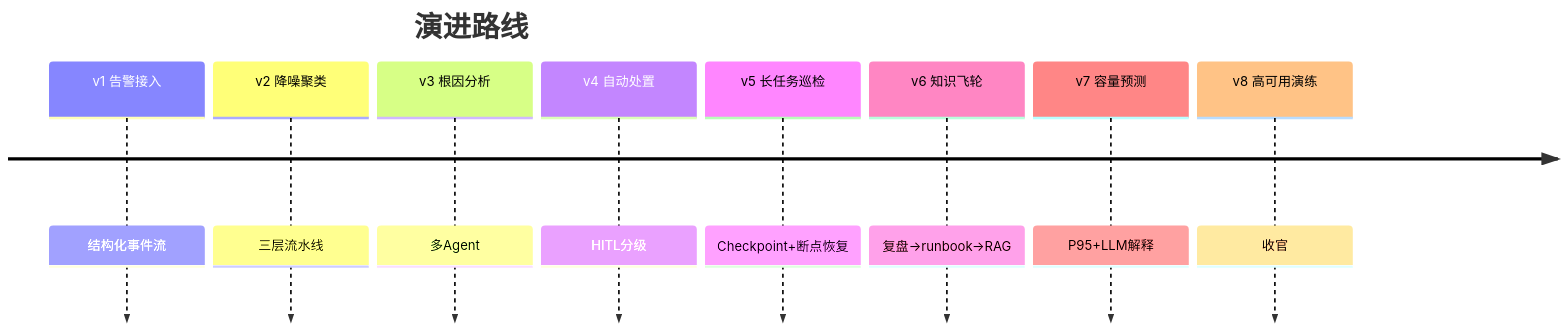
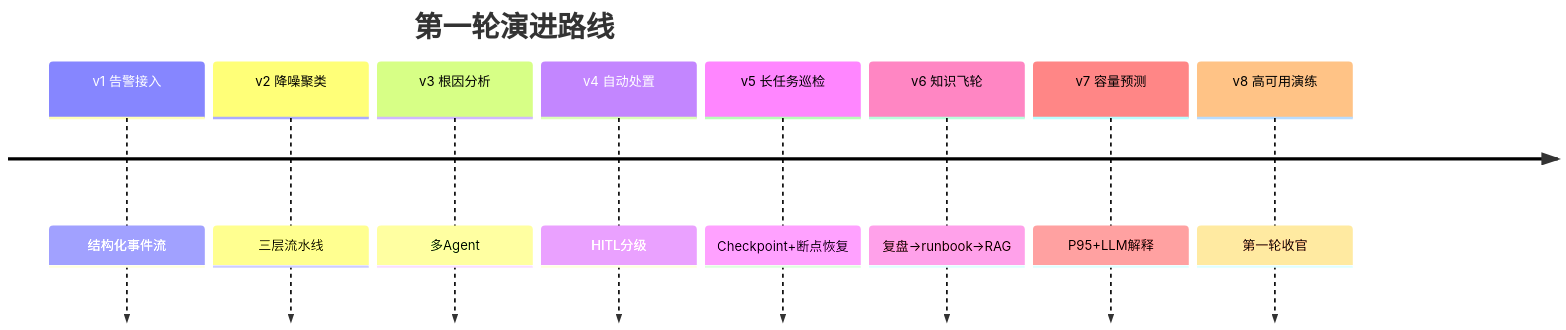
One commit to UranusGit/java-agent-learn changed the second of 2 diagrams in docs/项目/09-智能运维AIOps平台/08-迭代七-高可用与演练.md. Above: the diagram before and after it, drawn with Mermaid. The commit also changed other lines of this file and 114 other files, not shown here.

````diff
--- a/docs/项目/09-智能运维AIOps平台/08-迭代七-高可用与演练.md
+++ b/docs/项目/09-智能运维AIOps平台/08-迭代七-高可用与演练.md
@@ -330,12 +330,12 @@
 ```mermaid
 timeline
-    title 演进路线
+    title 第一轮演进路线
     v1 告警接入 : 结构化事件流
     v2 降噪聚类 : 三层流水线
     v3 根因分析 : 多Agent
     v4 自动处置 : HITL分级
     v5 长任务巡检 : Checkpoint+断点恢复
     v6 知识飞轮 : 复盘→runbook→RAG
     v7 容量预测 : P95+LLM解释
-    v8 高可用演练 : 收官
+    v8 高可用演练 : 第一轮收官
 ```
````
